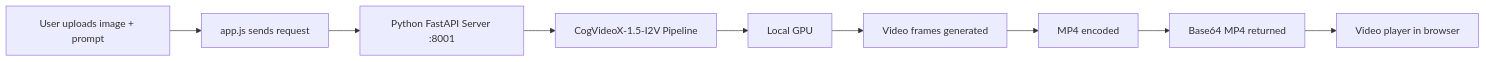
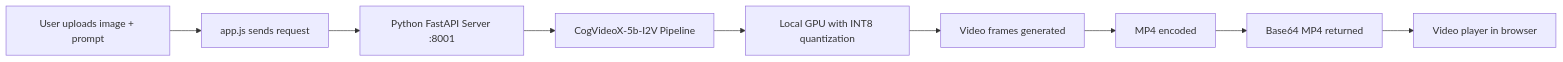
Before and after one commit to leezter/Background-Dodger: the third of 3 diagrams in ARCHITECTURE.md, drawn with Mermaid. The commit also changed 1 other file, not shown here.

Commit message:
Updated .md files

````diff
--- a/ARCHITECTURE.md
+++ b/ARCHITECTURE.md
@@ -34,11 +34,11 @@
 ```mermaid
 flowchart LR
     A[User uploads image + prompt] --> B[app.js sends request]
     B --> C[Python FastAPI Server :8001]
-    C --> D[CogVideoX-1.5-I2V Pipeline]
-    D --> E[Local GPU]
+    C --> D[CogVideoX-5b-I2V Pipeline]
+    D --> E[Local GPU with INT8 quantization]
     E --> F[Video frames generated]
     F --> G[MP4 encoded]
     G --> H[Base64 MP4 returned]
     H --> I[Video player in browser]
 ```
````
